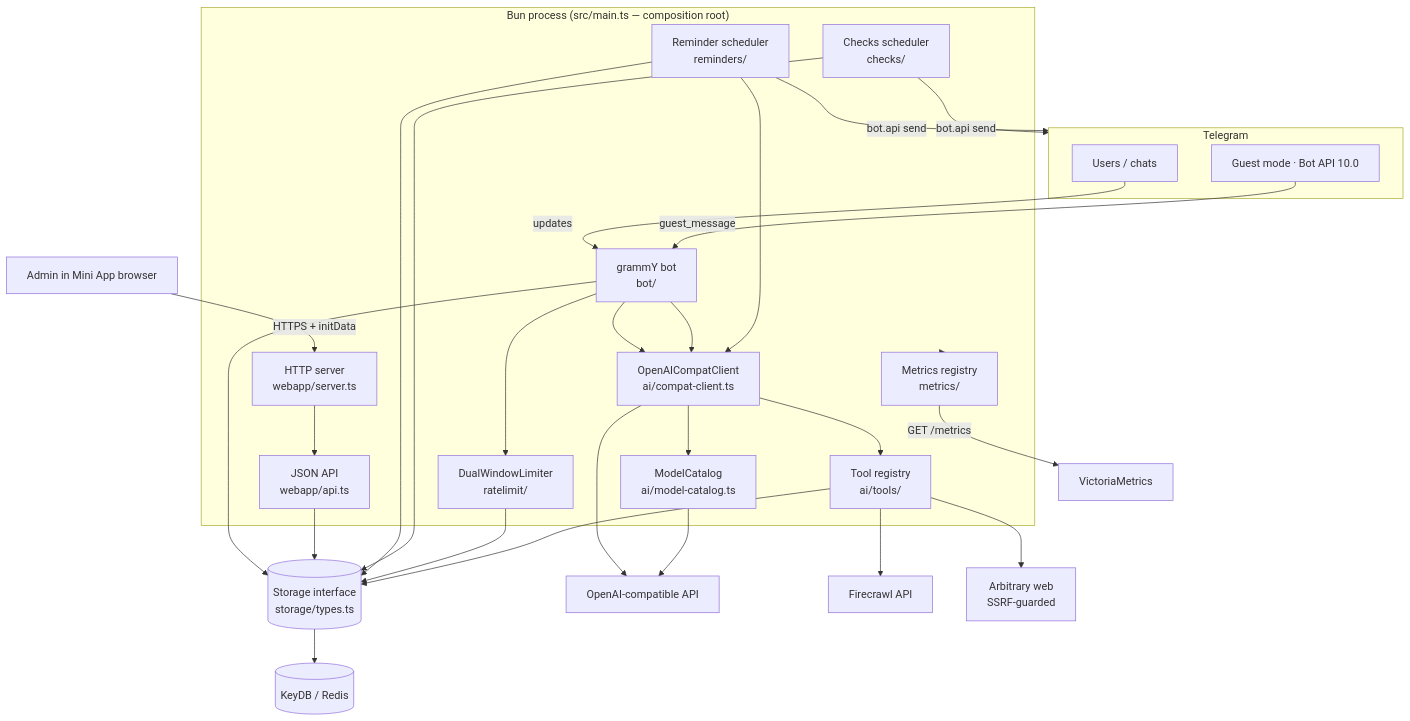
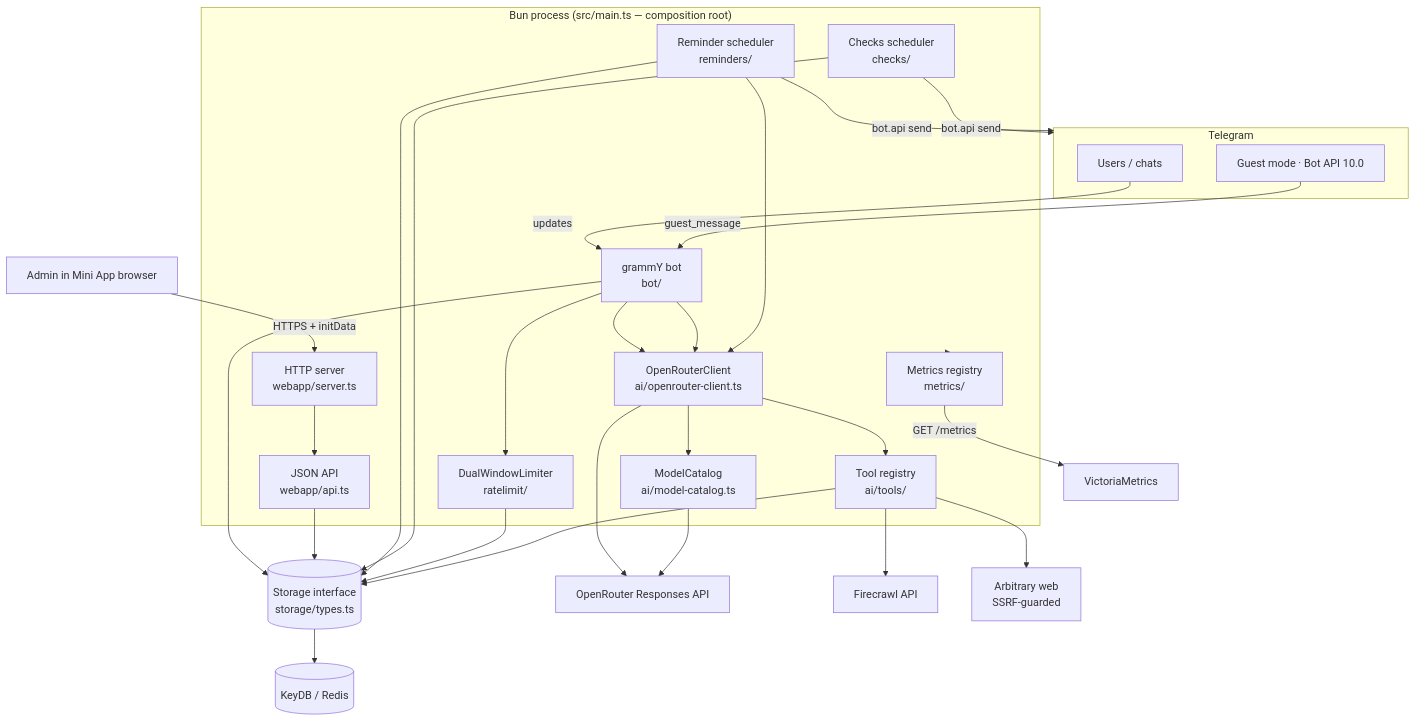
One commit to The-Fisher-Slopworks-Co/any_talker changed the first of 3 diagrams in docs/ARCHITECTURE.md. Above: the diagram before and after it, drawn with Mermaid. The commit also changed other lines of this file and 40 other files, not shown here.

First line of the commit message:
feat(ai)!: switch to the first-party OpenRouter stack

````diff
--- a/docs/ARCHITECTURE.md
+++ b/docs/ARCHITECTURE.md
@@ -71,53 +71,53 @@
 ```mermaid
 flowchart TB
     subgraph TG[Telegram]
         U[Users / chats]
         GM[Guest mode · Bot API 10.0]
     end
     Admin[Admin in Mini App browser]
 
     subgraph Proc["Bun process (src/main.ts — composition root)"]
         Bot[grammY bot<br/>bot/]
         HTTP[HTTP server<br/>webapp/server.ts]
         RS[Reminder scheduler<br/>reminders/]
         CS[Checks scheduler<br/>checks/]
-        AI[OpenAICompatClient<br/>ai/compat-client.ts]
+        AI[OpenRouterClient<br/>ai/openrouter-client.ts]
         Cat[ModelCatalog<br/>ai/model-catalog.ts]
         Tools[Tool registry<br/>ai/tools/]
         RL[DualWindowLimiter<br/>ratelimit/]
         API[JSON API<br/>webapp/api.ts]
         Metrics[Metrics registry<br/>metrics/]
     end
 
     Store[(Storage interface<br/>storage/types.ts)]
     KeyDB[(KeyDB / Redis)]
 
-    LLM[OpenAI-compatible API]
+    LLM[OpenRouter Responses API]
     FC[Firecrawl API]
     WEB[Arbitrary web<br/>SSRF-guarded]
 
     U -->|updates| Bot
     GM -->|guest_message| Bot
     Admin -->|HTTPS + initData| HTTP --> API
     Bot --> AI --> LLM
     AI --> Cat --> LLM
     AI --> Tools
     Tools --> FC
     Tools --> WEB
     Bot --> RL
     Bot --> AI
     RS -->|bot.api send| TG
     CS -->|bot.api send| TG
     RS --> AI
 
     Bot --> Store
     API --> Store
     RS --> Store
     CS --> Store
     RL --> Store
     Tools --> Store
     Store --> KeyDB
 
     Proc --> Metrics
     Metrics -->|GET /metrics| VM[VictoriaMetrics]
 ```
````
